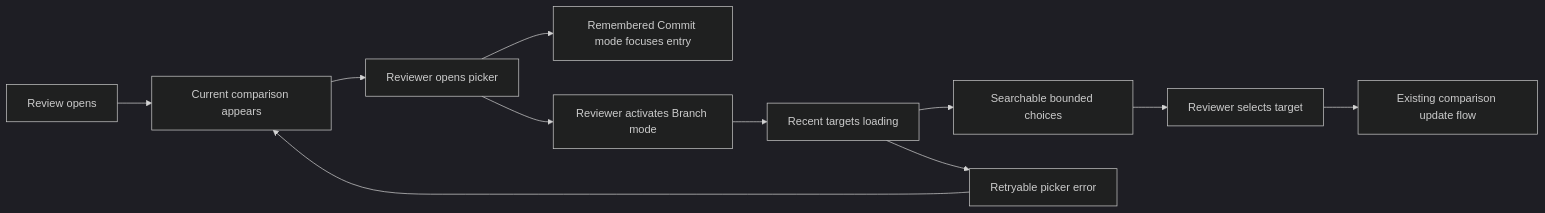
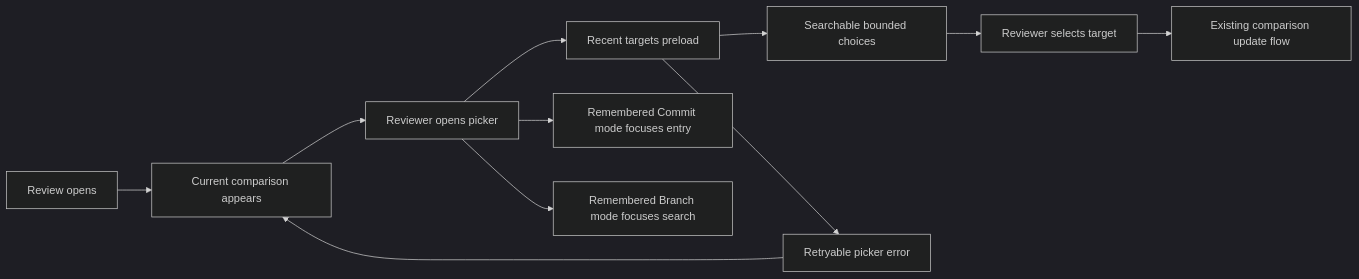
The first of 3 diagrams in docs/specs/2026-08-10-bridge-review-comparison-target-loading/specification.md (ShravanSunder/agentstudio), drawn with Mermaid (dark theme) before and after one commit. The commit also changed other lines of this file and 36 other files, not shown here.

````diff
--- a/docs/specs/2026-08-10-bridge-review-comparison-target-loading/specification.md
+++ b/docs/specs/2026-08-10-bridge-review-comparison-target-loading/specification.md
@@ -17,13 +17,13 @@
 ```mermaid
 flowchart LR
     Review[Review opens] --> Current[Current comparison appears]
     Current --> Open[Reviewer opens picker]
+    Open --> Loading[Recent targets preload]
     Open --> Commit[Remembered Commit mode focuses entry]
-    Open --> Branch[Reviewer activates Branch mode]
-    Branch --> Loading[Recent targets loading]
+    Open --> Branch[Remembered Branch mode focuses search]
     Loading --> Ready[Searchable bounded choices]
     Loading --> Failed[Retryable picker error]
     Ready --> Select[Reviewer selects target]
     Select --> Existing[Existing comparison update flow]
     Failed --> Current
 ```
````
